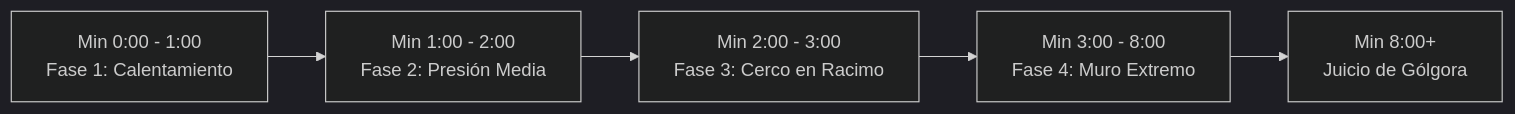
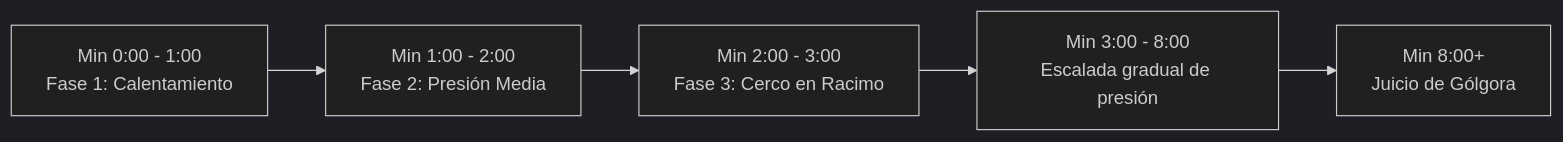
The first of 2 diagrams in 02 - Diseño/05 - Progresión.md (ShiroRex/GDD-Echoscrap), drawn with Mermaid (dark theme) before and after one commit. The commit also changed other lines of this file and 51 other files, not shown here.

````diff
--- a/02 - Diseño/05 - Progresión.md
+++ b/02 - Diseño/05 - Progresión.md
@@ -13,7 +17,7 @@
 ```mermaid
 graph LR
     P1[Min 0:00 - 1:00<br>Fase 1: Calentamiento] --> P2[Min 1:00 - 2:00<br>Fase 2: Presión Media]
     P2 --> P3[Min 2:00 - 3:00<br>Fase 3: Cerco en Racimo]
-    P3 --> P4[Min 3:00 - 8:00<br>Fase 4: Muro Extremo]
+    P3 --> P4[Min 3:00 - 8:00<br>Escalada gradual de presión]
     P4 --> P5[Min 8:00+<br>Juicio de Gólgora]
 ```
````
